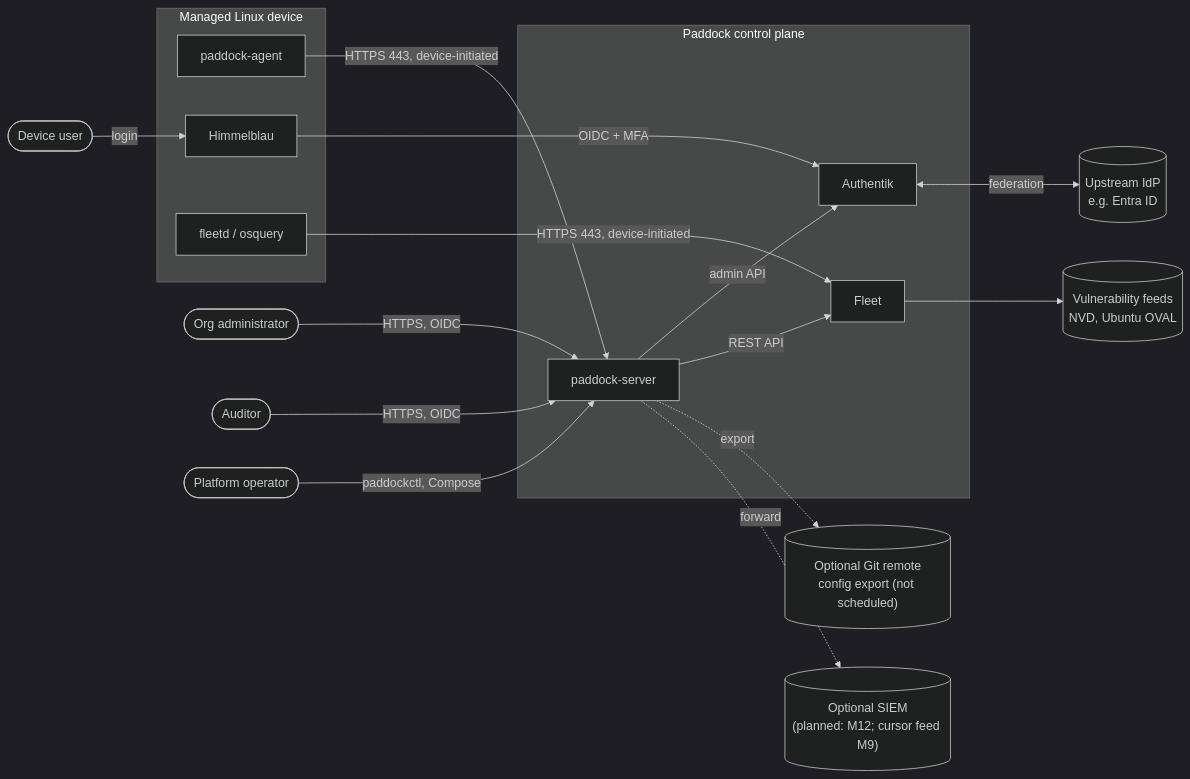
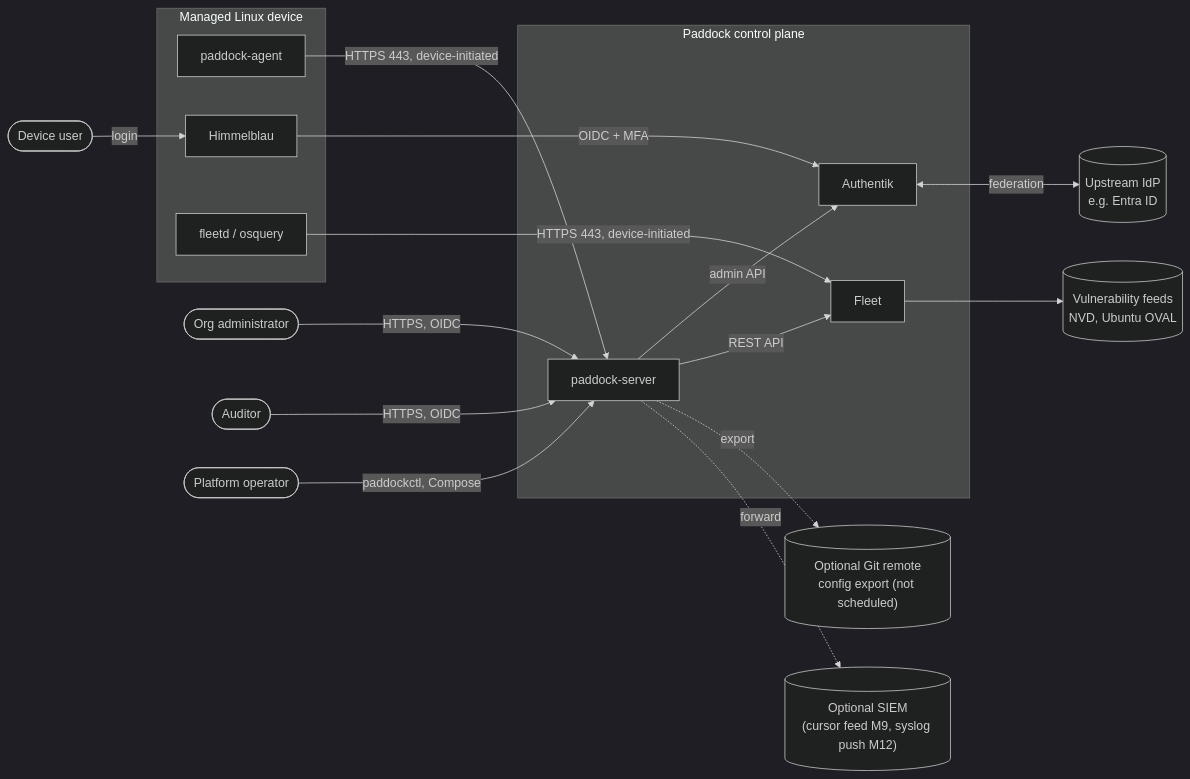
Before and after one commit to phischl/paddock-mdm: the first of 19 diagrams in docs/architecture.md, drawn with Mermaid (dark theme). The commit also changed other lines of this file and 597 other files, not shown here.

````diff
--- a/docs/architecture.md
+++ b/docs/architecture.md
@@ -144,38 +144,38 @@
 ```mermaid
 flowchart LR
   admin([Org administrator])
   auditor([Auditor])
   user([Device user])
   op([Platform operator])
 
   subgraph CP[Paddock control plane]
     paddock[paddock-server]
     authentik[Authentik]
     fleet[Fleet]
   end
 
   subgraph DEV[Managed Linux device]
     agent[paddock-agent]
     himmel[Himmelblau]
     fleetd[fleetd / osquery]
   end
 
   upstream[(Upstream IdP<br/>e.g. Entra ID)]
   vulndb[(Vulnerability feeds<br/>NVD, Ubuntu OVAL)]
   git[("Optional Git remote<br/>config export (not scheduled)")]
-  siem[("Optional SIEM<br/>(planned: M12; cursor feed M9)")]
+  siem[("Optional SIEM<br/>(cursor feed M9, syslog push M12)")]
 
   admin -->|HTTPS, OIDC| paddock
   auditor -->|HTTPS, OIDC| paddock
   op -->|paddockctl, Compose| paddock
   user -->|login| himmel
   himmel -->|OIDC + MFA| authentik
   authentik <-->|federation| upstream
   agent -->|HTTPS 443, device-initiated| paddock
   fleetd -->|HTTPS 443, device-initiated| fleet
   fleet --> vulndb
   paddock -->|admin API| authentik
   paddock -->|REST API| fleet
   paddock -.->|export| git
   paddock -.->|forward| siem
 ```
````
